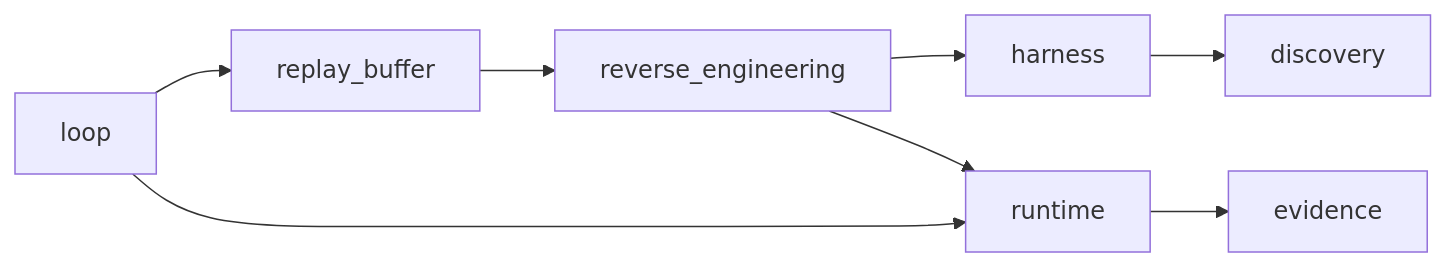
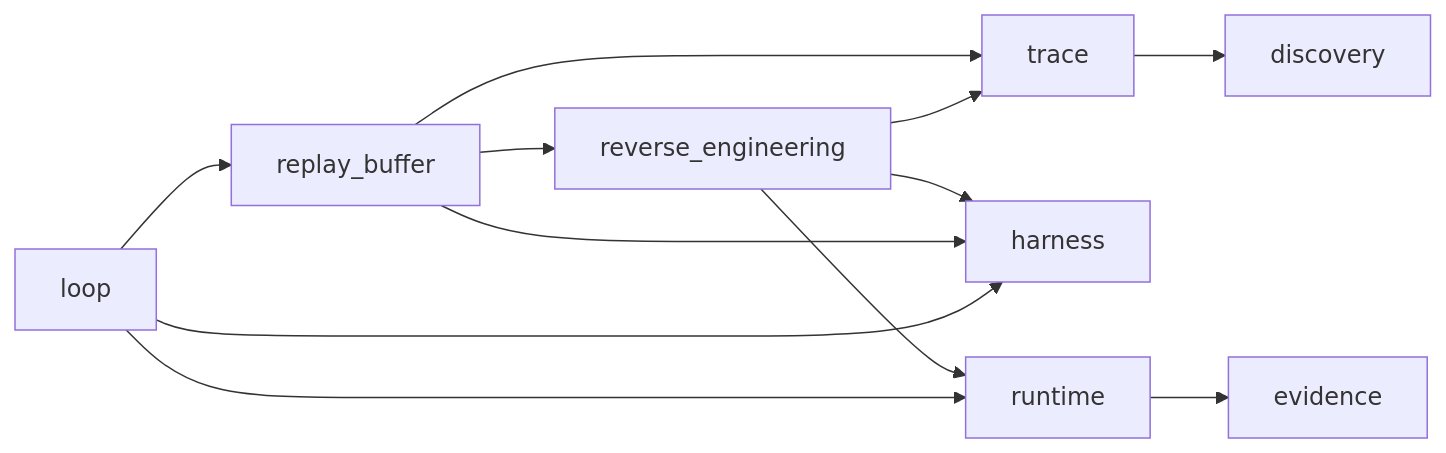
One commit to zepingl/KernelWiki-RSI changed the second of 2 diagrams in kernel_workflow/rsi/README.md. Above: the diagram before and after it, drawn with Mermaid. The commit also changed other lines of this file and 37 other files, not shown here.

First line of the commit message:
feat(rsi): discovery-tree trace schema v3 with knowledge and external trees

````diff
--- a/kernel_workflow/rsi/README.md
+++ b/kernel_workflow/rsi/README.md
@@ -113,5 +125,7 @@
 ```mermaid
 flowchart LR
-    loop --> replay_buffer --> reverse_engineering --> harness --> discovery
+    loop --> replay_buffer --> reverse_engineering --> trace --> discovery
+    replay_buffer --> trace
+    loop & replay_buffer & reverse_engineering --> harness
     loop & reverse_engineering --> runtime --> evidence
 ```
````
